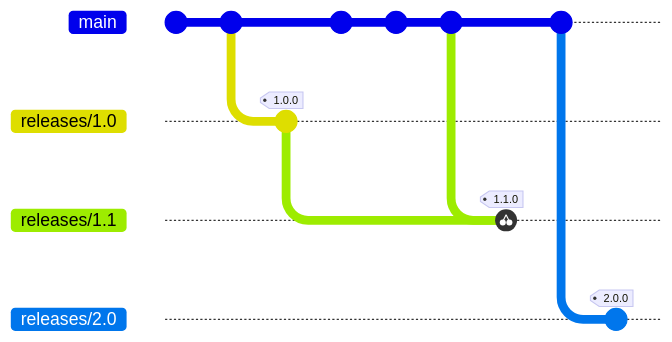
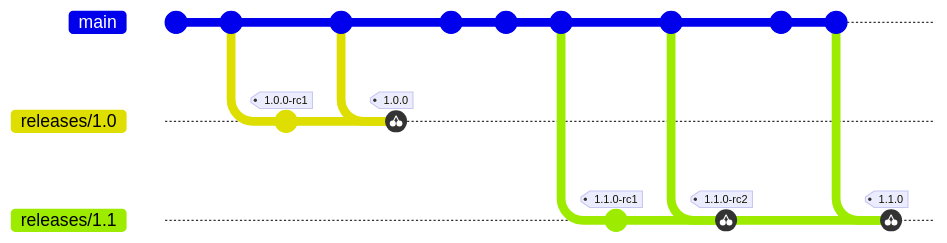
The second of 5 diagrams in docs/decisions/adr-0001-release-process.md (sysdiglabs/agent-ansible-collection), drawn with Mermaid before and after one commit. The commit also changed other lines of this file, not shown here. Commit ids are hidden.

````diff
--- a/docs/decisions/adr-0001-release-process.md
+++ b/docs/decisions/adr-0001-release-process.md
@@ -63,20 +68,28 @@
 ```mermaid
   gitGraph:
     commit
-    commit
+    commit id: "chore: set version to 1.0.0"
     branch releases/1.0
     checkout releases/1.0
-    commit tag: "1.0.0"
+    commit tag: "1.0.0-rc1"
+    checkout main
+    commit id: "fix: 1.0.0-rc1 bug"
+    checkout releases/1.0
+    cherry-pick id: "fix: 1.0.0-rc1 bug" tag: "1.0.0"
     checkout main
     commit
-    commit
     commit id: "feat(...): minor feature"
-    checkout releases/1.0
+    commit id: "chore: set version to 1.1.0"
     branch releases/1.1
-    cherry-pick id: "feat(...): minor feature" tag: "1.1.0"
+    checkout releases/1.1
+    commit tag: "1.1.0-rc1"
     checkout main
-    commit
-    branch releases/2.0
-    checkout releases/2.0
-    commit tag: "2.0.0"
+    commit id: "fix: 1.1.0-rc1 bug"
+    checkout releases/1.1
+    cherry-pick id: "fix: 1.1.0-rc1 bug" tag: "1.1.0-rc2"
+    checkout main
+    commit id: "feat: unrelated feat"
+    commit id: "fix: 1.1.0-rc2 bug"
+    checkout releases/1.1
+    cherry-pick id: "fix: 1.1.0-rc2 bug" tag: "1.1.0"
 ```
````
